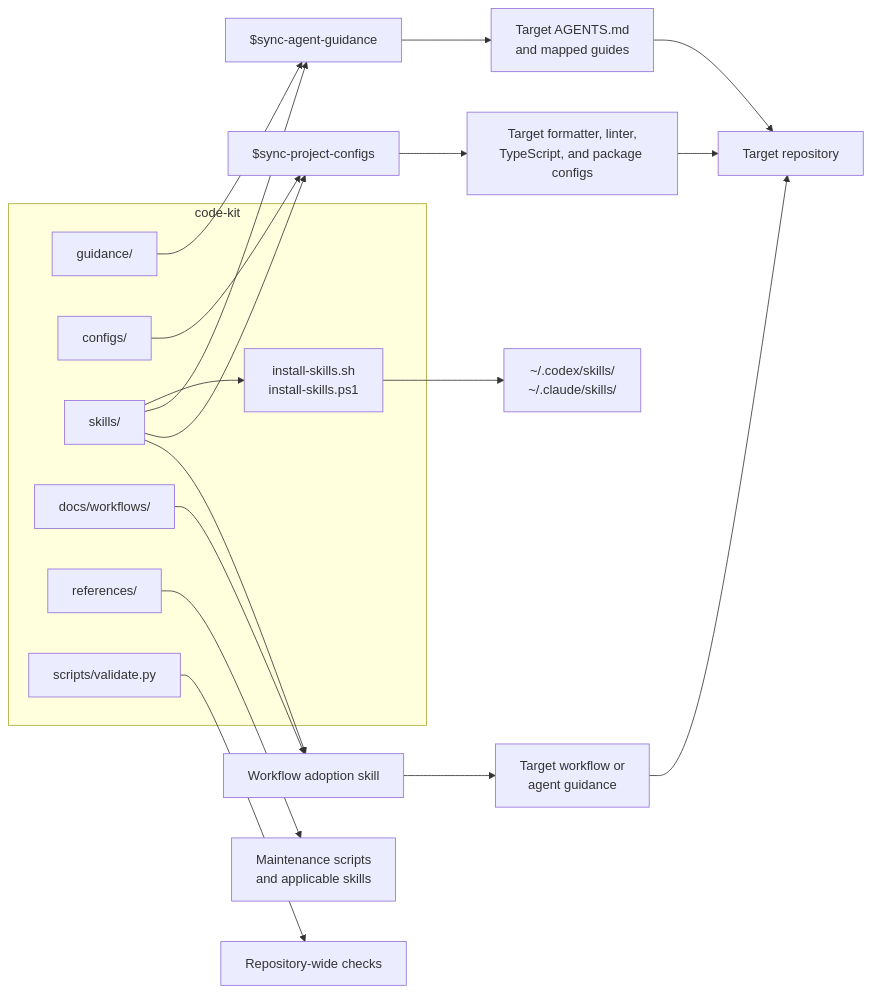
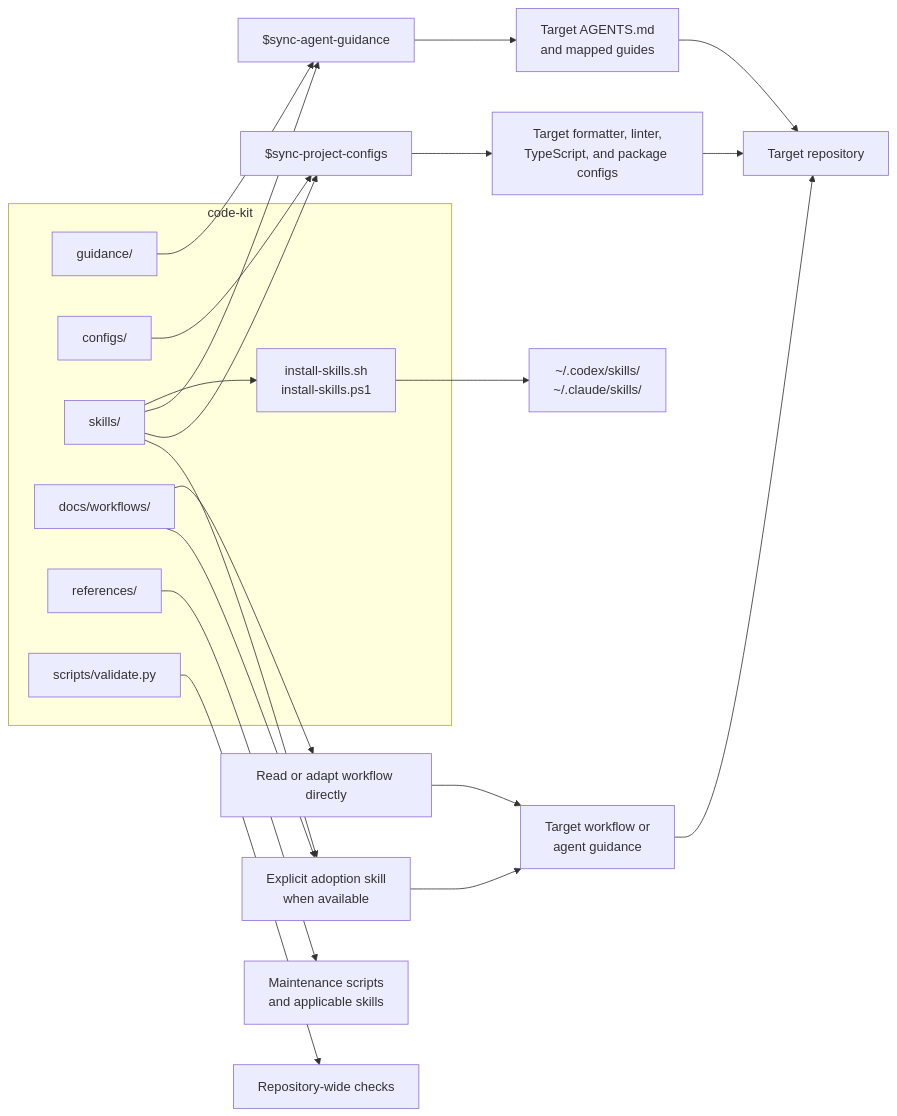
The second of 2 diagrams in docs/repository-flow.md (luastoned/code-kit), drawn with Mermaid before and after one commit. The commit also changed other lines of this file and 1 other file, not shown here.

Commit message:
docs(readme): 📝 document workflows and skill catalog

````diff
--- a/docs/repository-flow.md
+++ b/docs/repository-flow.md
@@ -35,34 +35,37 @@
 ```mermaid
 flowchart LR
   subgraph kit["code-kit"]
     guidance["guidance/"]
     configs["configs/"]
     skills["skills/"]
     workflows["docs/workflows/"]
     references["references/"]
     installers["install-skills.sh<br/>install-skills.ps1"]
     validator["scripts/validate.py"]
   end
 
   skills --> installers
   installers --> runtime["~/.codex/skills/<br/>~/.claude/skills/"]
 
   guidance --> syncGuidance["$sync-agent-guidance"]
   skills --> syncGuidance
   syncGuidance --> targetGuidance["Target AGENTS.md<br/>and mapped guides"]
 
   configs --> syncConfigs["$sync-project-configs"]
   skills --> syncConfigs
   syncConfigs --> targetConfigs["Target formatter, linter,<br/>TypeScript, and package configs"]
 
-  workflows --> adoptWorkflow["Workflow adoption skill"]
+  workflows --> directWorkflow["Read or adapt workflow directly"]
+  directWorkflow --> targetWorkflow["Target workflow or<br/>agent guidance"]
+
+  workflows --> adoptWorkflow["Explicit adoption skill<br/>when available"]
   skills --> adoptWorkflow
-  adoptWorkflow --> targetWorkflow["Target workflow or<br/>agent guidance"]
+  adoptWorkflow --> targetWorkflow
 
   references --> consumers["Maintenance scripts<br/>and applicable skills"]
   validator --> kitCheck["Repository-wide checks"]
 
   targetGuidance --> target["Target repository"]
   targetConfigs --> target
   targetWorkflow --> target
 ```
````
